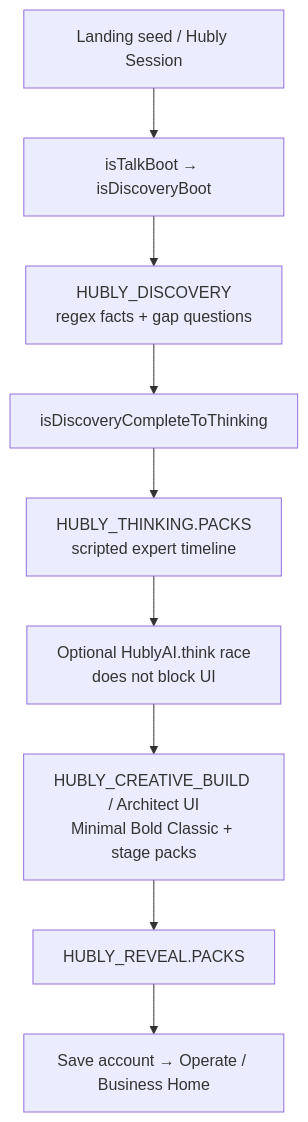
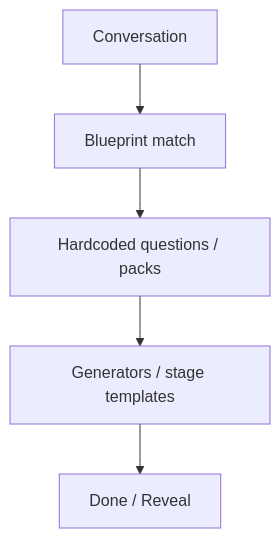
One commit to HubblyAdrian/Hubly changed the first of 6 diagrams in docs/architecture/HUBLY_AI_V2_ARCHITECTURE_REVIEW.md. Above: the diagram before and after it, drawn with Mermaid. The commit also changed other lines of this file, not shown here.

First line of the commit message:
Expand AI V2 architecture into long-term Hubly OS blueprint

````diff
--- a/docs/architecture/HUBLY_AI_V2_ARCHITECTURE_REVIEW.md
+++ b/docs/architecture/HUBLY_AI_V2_ARCHITECTURE_REVIEW.md
@@ -31,11 +65,7 @@
 ```mermaid
 flowchart TD
-  A[Landing seed / Hubly Session] --> B[isTalkBoot → isDiscoveryBoot]
-  B --> C[HUBLY_DISCOVERY<br/>regex facts + gap questions]
-  C --> D[isDiscoveryCompleteToThinking]
-  D --> E[HUBLY_THINKING.PACKS<br/>scripted expert timeline]
-  E --> F[Optional HublyAI.think race<br/>does not block UI]
-  F --> G[HUBLY_CREATIVE_BUILD / Architect UI<br/>Minimal Bold Classic + stage packs]
-  G --> H[HUBLY_REVEAL.PACKS]
-  H --> I[Save account → Operate / Business Home]
+  C[Conversation] --> BP[Blueprint match]
+  BP --> Q[Hardcoded questions / packs]
+  Q --> G[Generators / stage templates]
+  G --> D[Done / Reveal]
 ```
````
